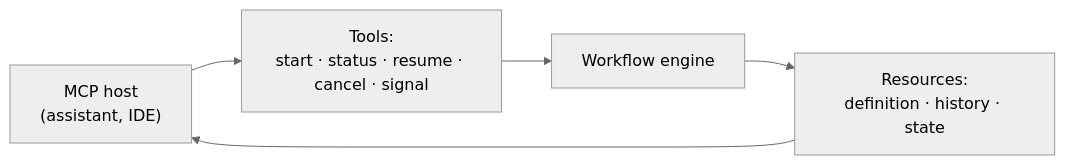
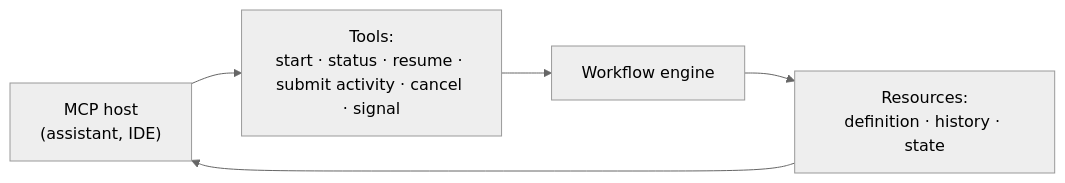
Before and after one commit to benvdbergh/workflows: the second of 2 diagrams in docs/RFC/rfc-05-integration-interfaces.md, drawn with Mermaid (neutral theme). The commit also changed other lines of this file and 11 other files, not shown here.

Commit message:
docs: host-mediated activity execution (ADR-0002, RFC, as-is)

````diff
--- a/docs/RFC/rfc-05-integration-interfaces.md
+++ b/docs/RFC/rfc-05-integration-interfaces.md
@@ -61,7 +62,7 @@
 ```mermaid
 flowchart LR
-  HOST["MCP host\n(assistant, IDE)"] --> T["Tools:\nstart · status · resume · cancel · signal"]
+  HOST["MCP host\n(assistant, IDE)"] --> T["Tools:\nstart · status · resume · submit activity · cancel · signal"]
   T --> ENG["Workflow engine"]
   ENG --> R["Resources:\ndefinition · history · state"]
   R --> HOST
 ```
````
